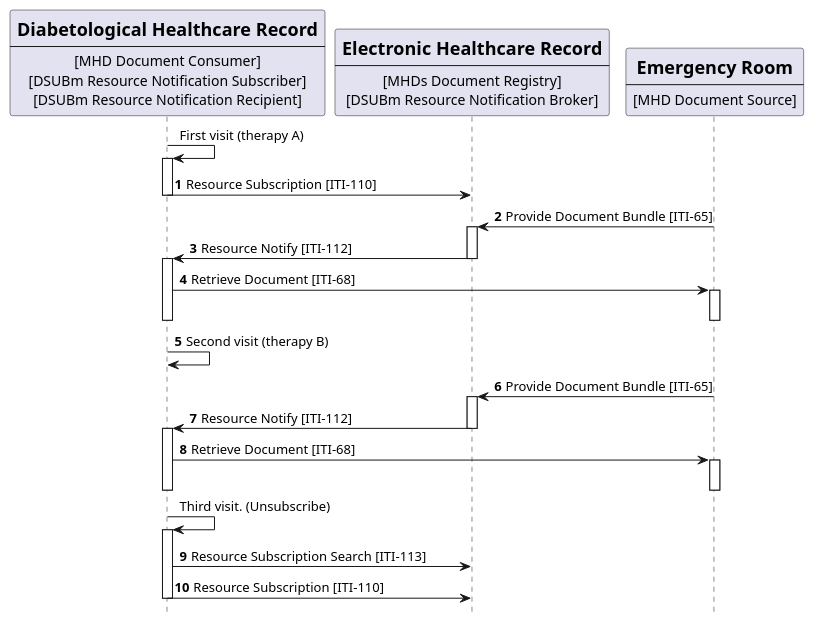
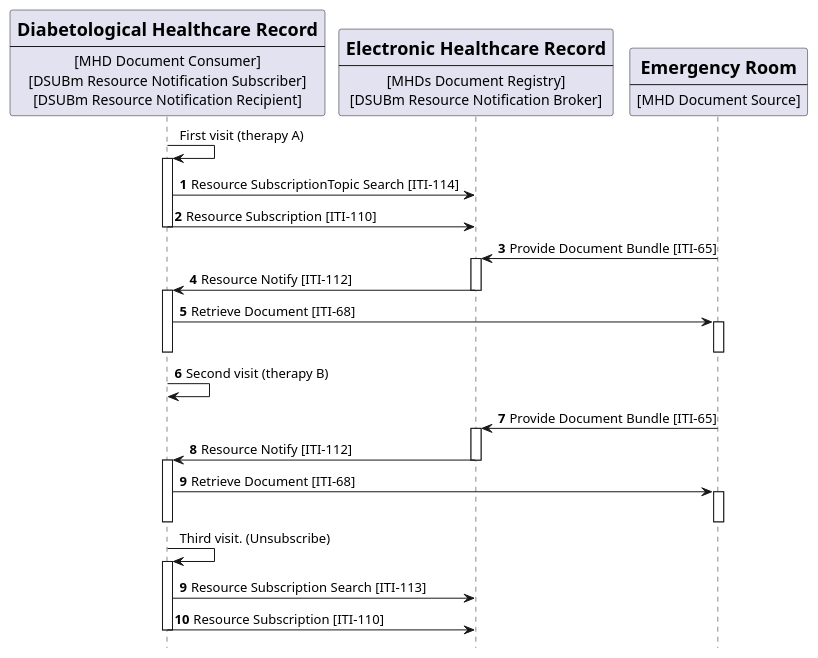
The diagram in input/images-source/usecase2-processflow.plantuml (IHE/ITI.DSUBm), drawn with PlantUML before and after one commit. The commit also changed 4 other files, not shown here.

```diff
--- a/input/images-source/usecase2-processflow.plantuml
+++ b/input/images-source/usecase2-processflow.plantuml
@@ -1,67 +1,67 @@
 @startuml
 skinparam svgDimensionStyle false
 hide footbox
 /'title "Folder Subscription with DSUBm on MHDs infrastructure" '/
 
 participant DHR [
     = Diabetological Healthcare Record
     ----
     [MHD Document Consumer]
     [DSUBm Resource Notification Subscriber]
     [DSUBm Resource Notification Recipient]
 ] 
 
 
 
 participant Central [
     =Electronic Healthcare Record
     ----
     [MHDs Document Registry]
     [DSUBm Resource Notification Broker]
 ] 
 
 participant ER [
     =Emergency Room
     ----
     [MHD Document Source]
 ] 
 
 
 
 
 DHR -> DHR: First visit (therapy A)
 autonumber "<b>"
 activate DHR
-' DHR -> Central: Resource SubscriptionTopic Search [ITI-114]
+DHR -> Central: Resource SubscriptionTopic Search [ITI-114]
 DHR -> Central: Resource Subscription [ITI-110]
 deactivate DHR
 ER->Central:  Provide Document Bundle [ITI-65]
 activate Central 
 Central -> DHR: Resource Notify [ITI-112]
 deactivate Central
 activate DHR
 DHR -> ER: Retrieve Document [ITI-68]
 activate ER
 deactivate ER
 deactivate DHR 
 
 DHR -> DHR: Second visit (therapy B)
 ER->Central:  Provide Document Bundle [ITI-65]
 activate Central 
 Central -> DHR: Resource Notify [ITI-112]
 deactivate Central
 activate DHR
 
 DHR -> ER: Retrieve Document [ITI-68]
 activate ER
 deactivate ER
 deactivate DHR 
 autonumber stop 
 DHR -> DHR: Third visit. (Unsubscribe)
 activate DHR
 autonumber 9 "<b>"
 DHR -> Central: Resource Subscription Search [ITI-113]
 DHR -> Central: Resource Subscription [ITI-110]	
 deactivate DHR
 
 @enduml
```
